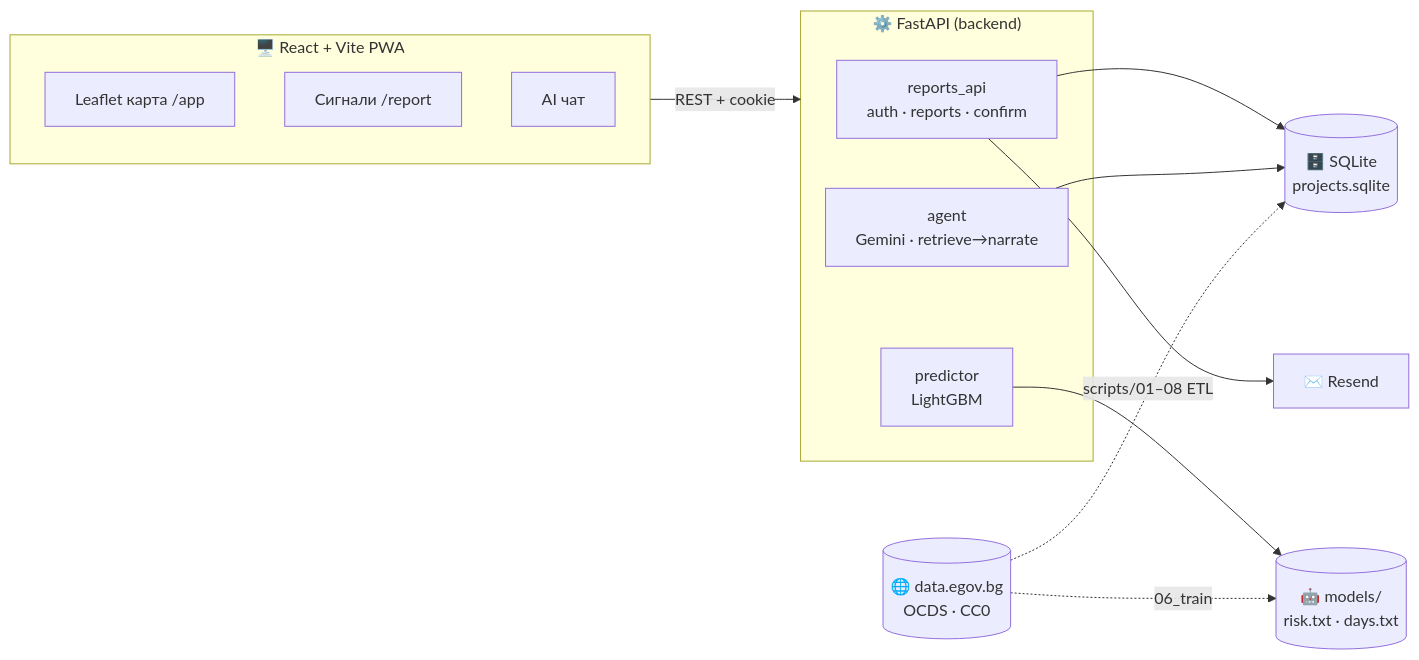
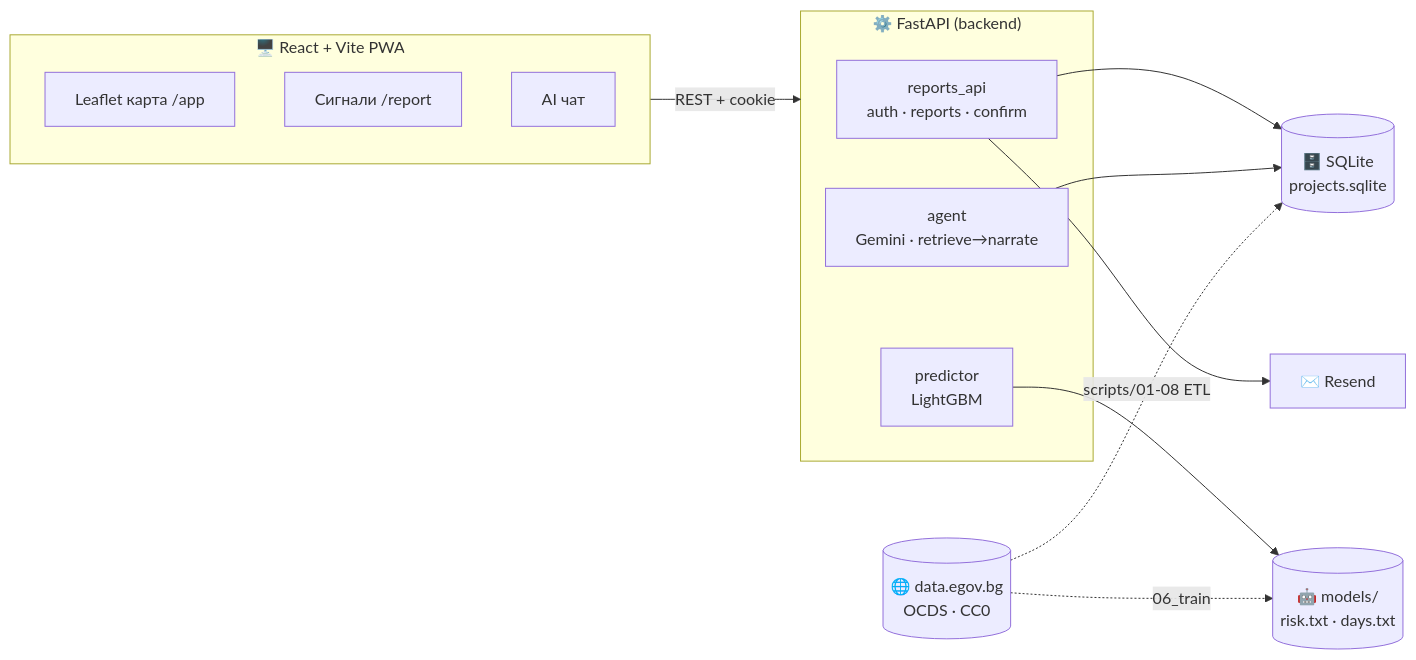
The diagram in README.md (SeventhSG/dokoga), drawn with Mermaid before and after one commit. The commit also changed other lines of this file and 11 other files, not shown here.

````diff
--- a/README.md
+++ b/README.md
@@ -69,25 +71,25 @@
 ```mermaid
 flowchart LR
   subgraph Client["🖥️ React + Vite PWA"]
     Map["Leaflet карта /app"]
     Rep["Сигнали /report"]
     Chat["AI чат"]
   end
   subgraph API["⚙️ FastAPI (backend)"]
     RA["reports_api<br/>auth · reports · confirm"]
     PR["predictor<br/>LightGBM"]
     AG["agent<br/>Gemini · retrieve→narrate"]
   end
   DB[("🗄️ SQLite<br/>projects.sqlite")]
   MOD[("🤖 models/<br/>risk.txt · days.txt")]
   OCDS[("🌐 data.egov.bg<br/>OCDS · CC0")]
   Mail["✉️ Resend"]
 
   Client -->|"REST + cookie"| API
   RA --> DB
   RA --> Mail
   PR --> MOD
   AG --> DB
-  OCDS -. "scripts/01–08 ETL" .-> DB
+  OCDS -. "scripts/01-08 ETL" .-> DB
   OCDS -. "06_train" .-> MOD
 ```
````
